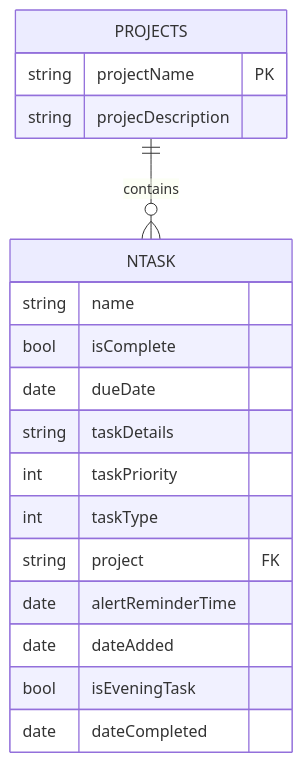
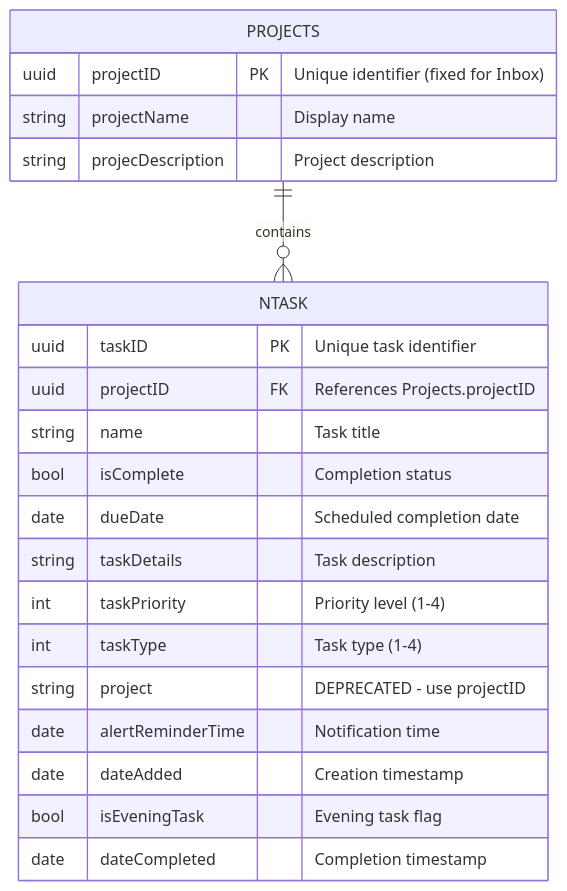
The fifth of 9 diagrams in README.md (Saransh-Sharma/Tasker), drawn with Mermaid before and after one commit. The commit also changed other lines of this file and 22 other files, not shown here.

Commit message:
update readme with UUID details

````diff
--- a/README.md
+++ b/README.md
@@ -3099,21 +3136,24 @@
 ```mermaid
 erDiagram
     PROJECTS ||--o{ NTASK : "contains"
     PROJECTS {
-        string projectName PK
-        string projecDescription
+        uuid   projectID PK "Unique identifier (fixed for Inbox)"
+        string projectName "Display name"
+        string projecDescription "Project description"
     }
     NTASK {
-        string name
-        bool   isComplete
-        date   dueDate
-        string taskDetails
-        int    taskPriority
-        int    taskType
-        string project FK
-        date   alertReminderTime
-        date   dateAdded
-        bool   isEveningTask
-        date   dateCompleted
+        uuid   taskID PK "Unique task identifier"
+        uuid   projectID FK "References Projects.projectID"
+        string name "Task title"
+        bool   isComplete "Completion status"
+        date   dueDate "Scheduled completion date"
+        string taskDetails "Task description"
+        int    taskPriority "Priority level (1-4)"
+        int    taskType "Task type (1-4)"
+        string project "DEPRECATED - use projectID"
+        date   alertReminderTime "Notification time"
+        date   dateAdded "Creation timestamp"
+        bool   isEveningTask "Evening task flag"
+        date   dateCompleted "Completion timestamp"
     }
 ```
````
